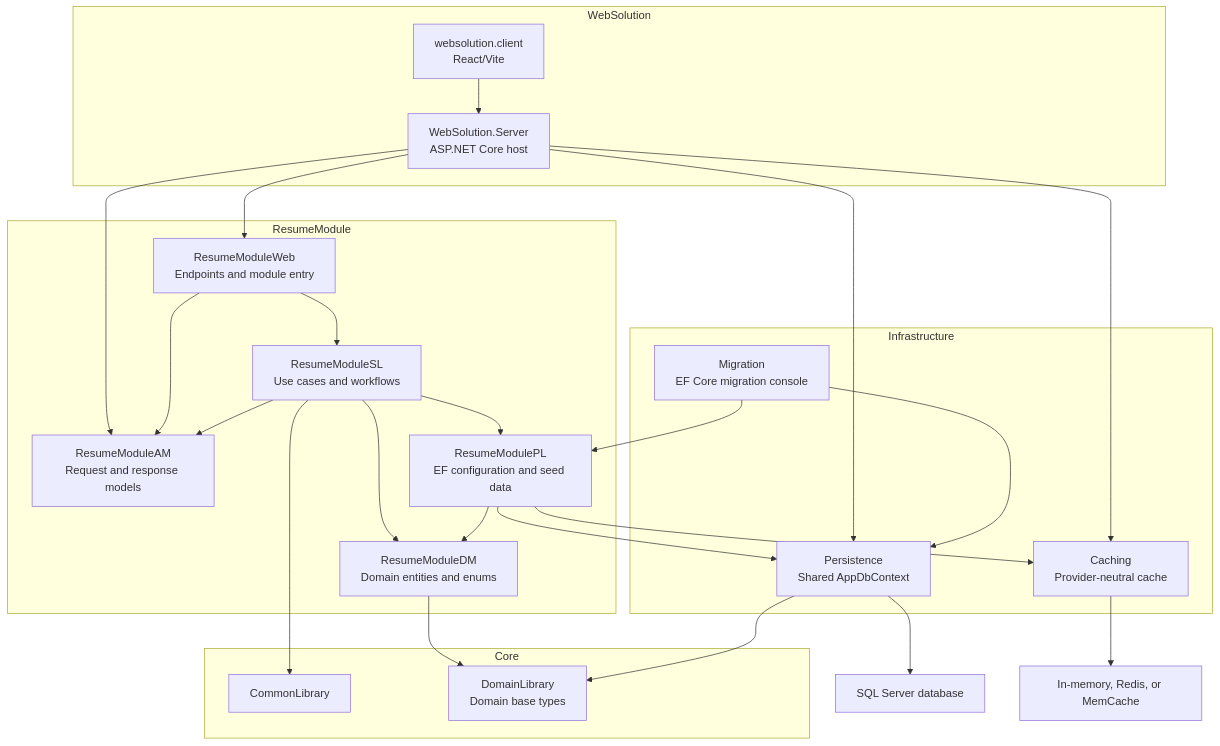
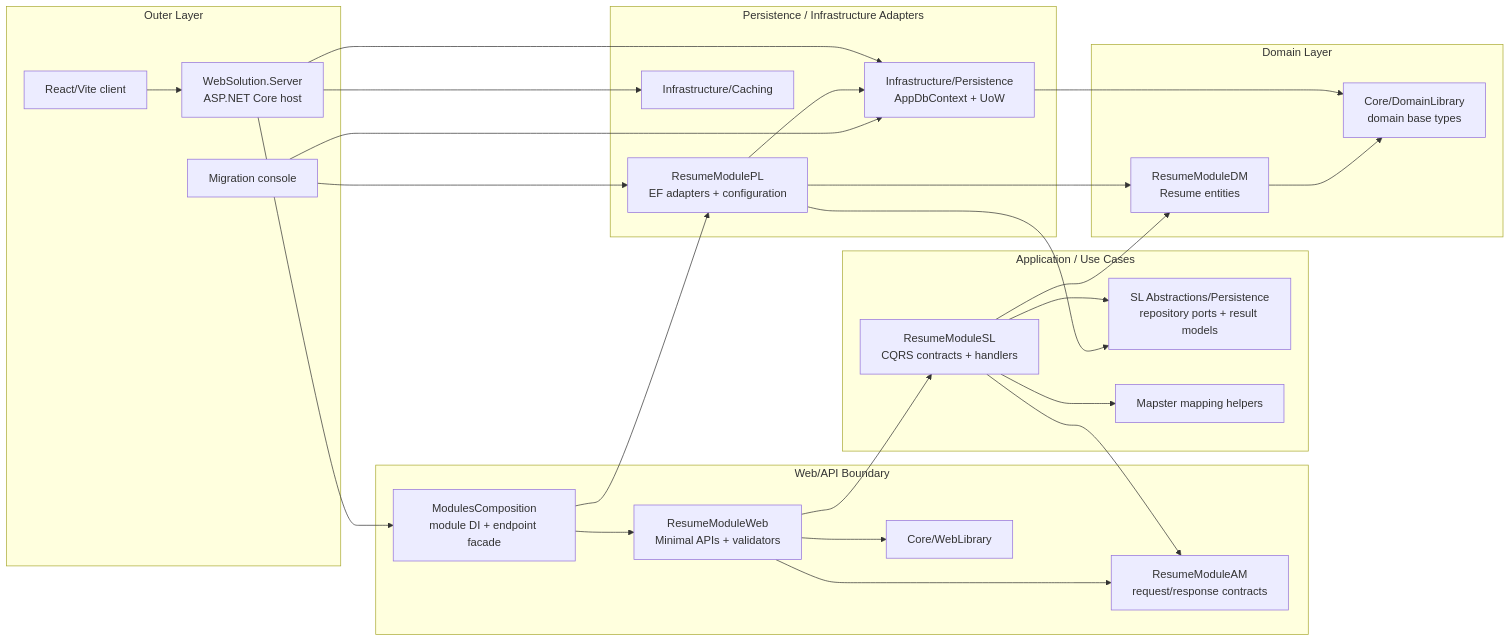
Before and after one commit to onu-khatri/ResumeEnhancer: the first of 2 diagrams in README.md, drawn with Mermaid. The commit also changed other lines of this file and 31 other files, not shown here.

Commit message:
Align module composition with Clean Architecture dependency flow

````diff
--- a/README.md
+++ b/README.md
@@ -38,54 +91,58 @@
 ```mermaid
-flowchart TB
-    subgraph WebSolution["WebSolution"]
-        Client["websolution.client<br/>React/Vite"]
-        Server["WebSolution.Server<br/>ASP.NET Core host"]
+flowchart LR
+    subgraph Outer["Outer Layer"]
+        Browser["React/Vite client"]
+        Host["WebSolution.Server<br/>ASP.NET Core host"]
+        MigrationConsole["Migration console"]
     end
 
-    subgraph ResumeModule["ResumeModule"]
-        ModuleWeb["ResumeModuleWeb<br/>Endpoints and module entry"]
-        ModuleAM["ResumeModuleAM<br/>Request and response models"]
-        ModuleSL["ResumeModuleSL<br/>Use cases and workflows"]
-        ModulePL["ResumeModulePL<br/>EF configuration and seed data"]
-        ModuleDM["ResumeModuleDM<br/>Domain entities and enums"]
+    subgraph WebBoundary["Web/API Boundary"]
+        ModuleComposition["ModulesComposition<br/>module DI + endpoint facade"]
+        ModuleWeb["ResumeModuleWeb<br/>Minimal APIs + validators"]
+        WebLibrary["Core/WebLibrary"]
+        AM["ResumeModuleAM<br/>request/response contracts"]
     end
 
-    subgraph Infrastructure["Infrastructure"]
-        Caching["Caching<br/>Provider-neutral cache"]
-        Persistence["Persistence<br/>Shared AppDbContext"]
-        Migration["Migration<br/>EF Core migration console"]
+    subgraph Application["Application / Use Cases"]
+        SL["ResumeModuleSL<br/>CQRS contracts + handlers"]
+        Ports["SL Abstractions/Persistence<br/>repository ports + result models"]
+        Mapping["Mapster mapping helpers"]
     end
 
-    subgraph Core["Core"]
-        CommonLibrary["CommonLibrary"]
-        DomainLibrary["DomainLibrary<br/>Domain base types"]
+    subgraph InfrastructureAdapters["Persistence / Infrastructure Adapters"]
+        PL["ResumeModulePL<br/>EF adapters + configuration"]
+        Persistence["Infrastructure/Persistence<br/>AppDbContext + UoW"]
+        Caching["Infrastructure/Caching"]
     end
 
-    Database["SQL Server database"]
-    CacheStore["In-memory, Redis, or MemCache"]
+    subgraph Domain["Domain Layer"]
+        DM["ResumeModuleDM<br/>Resume entities"]
+        DomainLibrary["Core/DomainLibrary<br/>domain base types"]
+    end
 
-    Client --> Server
-    Server --> ModuleWeb
-    Server --> ModuleAM
-    Server --> Caching
-    Server --> Persistence
+    Browser --> Host
+    Host --> ModuleComposition
+    Host --> Persistence
+    Host --> Caching
 
-    ModuleWeb --> ModuleAM
-    ModuleWeb --> ModuleSL
-    ModuleSL --> ModuleAM
-    ModuleSL --> ModuleDM
-    ModuleSL --> ModulePL
-    ModuleSL --> CommonLibrary
+    ModuleComposition --> ModuleWeb
+    ModuleComposition --> PL
 
-    ModulePL --> ModuleDM
-    ModulePL --> Persistence
-    ModulePL --> Caching
+    ModuleWeb --> WebLibrary
+    ModuleWeb --> AM
+    ModuleWeb --> SL
 
-    ModuleDM --> DomainLibrary
+    SL --> AM
+    SL --> Ports
+    SL --> Mapping
+    SL --> DM
+
+    PL --> Ports
+    PL --> DM
+    PL --> Persistence
+
     Persistence --> DomainLibrary
-    Persistence --> Database
-    Caching --> CacheStore
-
-    Migration --> Persistence
-    Migration --> ModulePL
+    DM --> DomainLibrary
+    MigrationConsole --> Persistence
+    MigrationConsole --> PL
 ```
````
